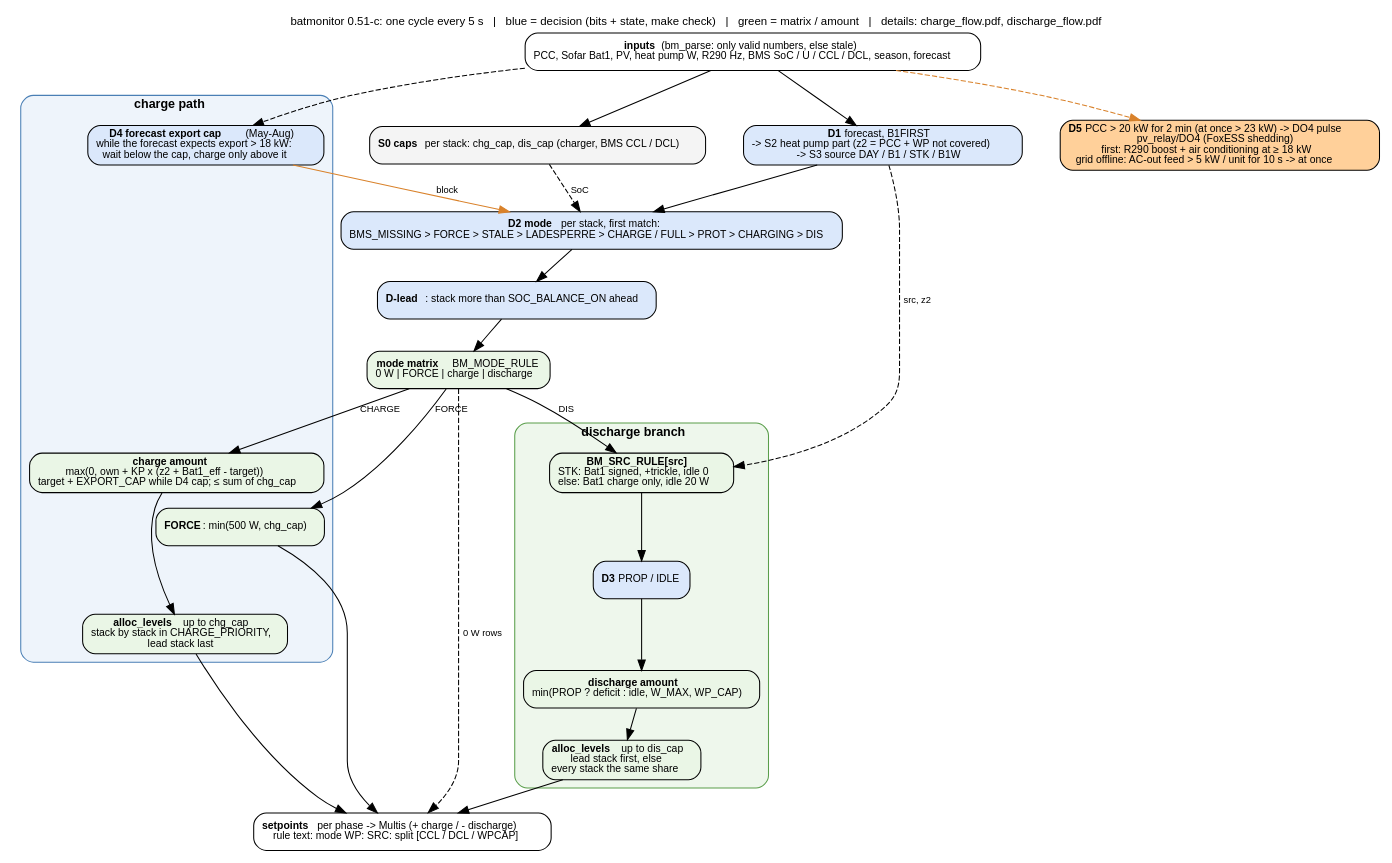
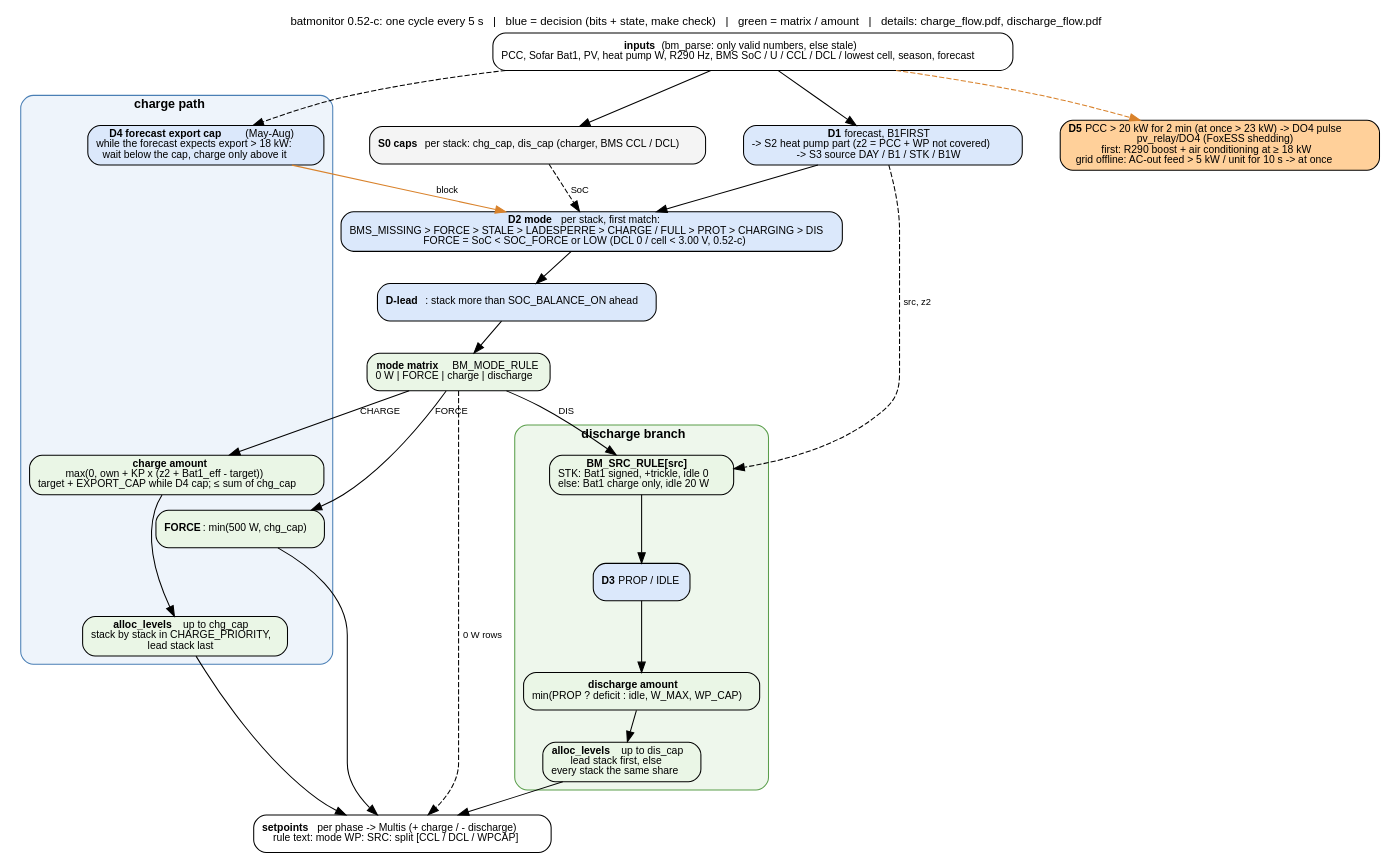
Before and after one commit to gerontec/victron: the diagram in docs/control_flow.dot, drawn with Graphviz. The commit also changed 8 other files, not shown here.

Commit message:
docs: flow charts for batmonitor 0.52-c - lowest cell input, D2 state low, FORCE = SoC force or LOW (DCL 0 / cell < 3.00 V, release DCL back and cell >= 3.25 V)

```diff
--- a/docs/control_flow.dot
+++ b/docs/control_flow.dot
@@ -1,54 +1,54 @@
 // batmonitor 0.49-c: overview of one cycle - a common trunk, then one charge path and one discharge branch.
 // Details: charge_flow.pdf (charge path, peak window) and discharge_flow.pdf (discharge matrix, CBMC coverage).
 // render: dot -Tpdf control_flow.dot -o control_flow.pdf   (or -Tpng)
 digraph control {
 	graph [rankdir=TB, fontname="Helvetica", fontsize=11, nodesep=0.5, ranksep=0.4, newrank=true,
-		   label="batmonitor 0.51-c: one cycle every 5 s   |   blue = decision (bits + state, make check)   |   green = matrix / amount   |   details: charge_flow.pdf, discharge_flow.pdf",
+		   label="batmonitor 0.52-c: one cycle every 5 s   |   blue = decision (bits + state, make check)   |   green = matrix / amount   |   details: charge_flow.pdf, discharge_flow.pdf",
 		   labelloc=t];
 	node [shape=box, style="rounded,filled", fillcolor="#f4f4f4", fontname="Helvetica", fontsize=10];
 	edge [fontname="Helvetica", fontsize=9];
 
-	in [label=<<b>inputs</b> (bm_parse: only valid numbers, else stale)<br/>PCC, Sofar Bat1, PV, heat pump W, R290 Hz, BMS SoC / U / CCL / DCL, season, forecast>, fillcolor="#ffffff"];
+	in [label=<<b>inputs</b> (bm_parse: only valid numbers, else stale)<br/>PCC, Sofar Bat1, PV, heat pump W, R290 Hz, BMS SoC / U / CCL / DCL / lowest cell, season, forecast>, fillcolor="#ffffff"];
 	d1 [label=<<b>D1</b> forecast, B1FIRST<br/>-&gt; S2 heat pump part (z2 = PCC + WP not covered)<br/>-&gt; S3 source DAY / B1 / STK / B1W>, fillcolor="#dbe8fb"];
 	gates [label=<<b>S0 caps</b> per stack: chg_cap, dis_cap (charger, BMS CCL / DCL)>];
-	d2 [label=<<b>D2 mode</b> per stack, first match:<br/>BMS_MISSING &gt; FORCE &gt; STALE &gt; LADESPERRE &gt; CHARGE / FULL &gt; PROT &gt; CHARGING &gt; DIS>, fillcolor="#dbe8fb"];
+	d2 [label=<<b>D2 mode</b> per stack, first match:<br/>BMS_MISSING &gt; FORCE &gt; STALE &gt; LADESPERRE &gt; CHARGE / FULL &gt; PROT &gt; CHARGING &gt; DIS<br/>FORCE = SoC &lt; SOC_FORCE or LOW (DCL 0 / cell &lt; 3.00 V, 0.52-c)>, fillcolor="#dbe8fb"];
 	lead [label=<<b>D-lead</b>: stack more than SOC_BALANCE_ON ahead>, fillcolor="#dbe8fb"];
 	mode [label=<<b>mode matrix</b> BM_MODE_RULE<br/>0 W | FORCE | charge | discharge>, fillcolor="#eaf6e6", shape=box];
 
 	subgraph cluster_charge {
 		label=<<b>charge path</b>>; style="rounded,filled"; fillcolor="#eef4fb"; color="#4a7fb5"; fontsize=12;
 		d4 [label=<<b>D4 forecast export cap</b> (May-Aug)<br/>while the forecast expects export &gt; 18 kW:<br/>wait below the cap, charge only above it>, fillcolor="#dbe8fb"];
 		cforce [label=<<b>FORCE</b>: min(500 W, chg_cap)>, fillcolor="#eaf6e6"];
 		camount [label=<<b>charge amount</b><br/>max(0, own + KP x (z2 + Bat1_eff - target))<br/>target + EXPORT_CAP while D4 cap; &le; sum of chg_cap>, fillcolor="#eaf6e6"];
 		csplit [label=<<b>alloc_levels</b> up to chg_cap<br/>stack by stack in CHARGE_PRIORITY,<br/>lead stack last>, fillcolor="#eaf6e6"];
 		camount -> csplit;
 	}
 
 	subgraph cluster_dis {
 		label=<<b>discharge branch</b>>; style="rounded,filled"; fillcolor="#eef7ec"; color="#5a9e4b"; fontsize=12;
 		src [label=<<b>BM_SRC_RULE[src]</b><br/>STK: Bat1 signed, +trickle, idle 0<br/>else: Bat1 charge only, idle 20 W>, fillcolor="#eaf6e6"];
 		d3 [label=<<b>D3</b> PROP / IDLE>, fillcolor="#dbe8fb"];
 		damount [label=<<b>discharge amount</b><br/>min(PROP ? deficit : idle, W_MAX, WP_CAP)>, fillcolor="#eaf6e6"];
 		dsplit [label=<<b>alloc_levels</b> up to dis_cap<br/>lead stack first, else<br/>every stack the same share>, fillcolor="#eaf6e6"];
 		src -> d3 -> damount -> dsplit;
 	}
 
 	d5 [label=<<b>D5</b> PCC &gt; 20 kW for 2 min (at once &gt; 23 kW) -&gt; DO4 pulse<br/>pv_relay/DO4 (FoxESS shedding)<br/>first: R290 boost + air conditioning at &ge; 18 kW<br/>grid offline: AC-out feed &gt; 5 kW / unit for 10 s -&gt; at once>, fillcolor="#ffd09a"];
 	out [label=<<b>setpoints</b> per phase -&gt; Multis (+ charge / - discharge)<br/>rule text: mode WP: SRC: split [CCL / DCL / WPCAP]>, fillcolor="#ffffff"];
 
 	in -> d1 -> d2;
 	in -> gates;
 	gates -> d2 [style=dashed, label=" SoC"];
 	d2 -> lead -> mode;
 	mode -> cforce [label=" FORCE"];
 	mode -> camount [label=" CHARGE"];
 	mode -> src [label=" DIS"];
 	mode -> out [label=" 0 W rows", style=dashed];
 	d4 -> d2 [color="#d9822b", label=" block"];
 	in -> d4 [style=dashed];
 	in -> d5 [style=dashed, color="#d9822b"];
 	d1 -> src [style=dashed, label=" src, z2"];
 	cforce -> out;
 	csplit -> out;
 	dsplit -> out;
 }
```
